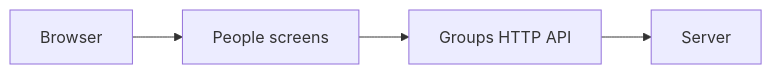
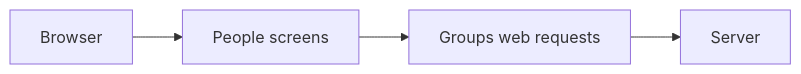
Before and after one commit to elewa-git/opencrane-new: the diagram in docs/process/p4-1-people/README.md, drawn with Mermaid. The commit also changed other lines of this file and 97 other files, not shown here.

````diff
--- a/docs/process/p4-1-people/README.md
+++ b/docs/process/p4-1-people/README.md
@@ -7,8 +7,6 @@
 ```mermaid
 flowchart LR
-  browser[Browser]
-  screens[People screens]
-  http[Groups HTTP API]
-  server[Server]
-  browser --> screens --> http --> server
+  browser[Browser] --> screens[People screens]
+  screens --> api[Groups web requests]
+  api --> server[Server]
 ```
````
